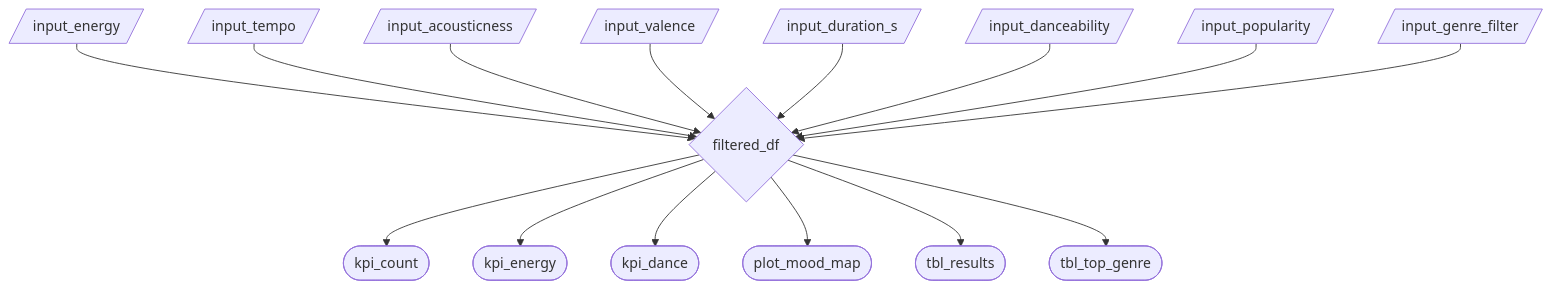
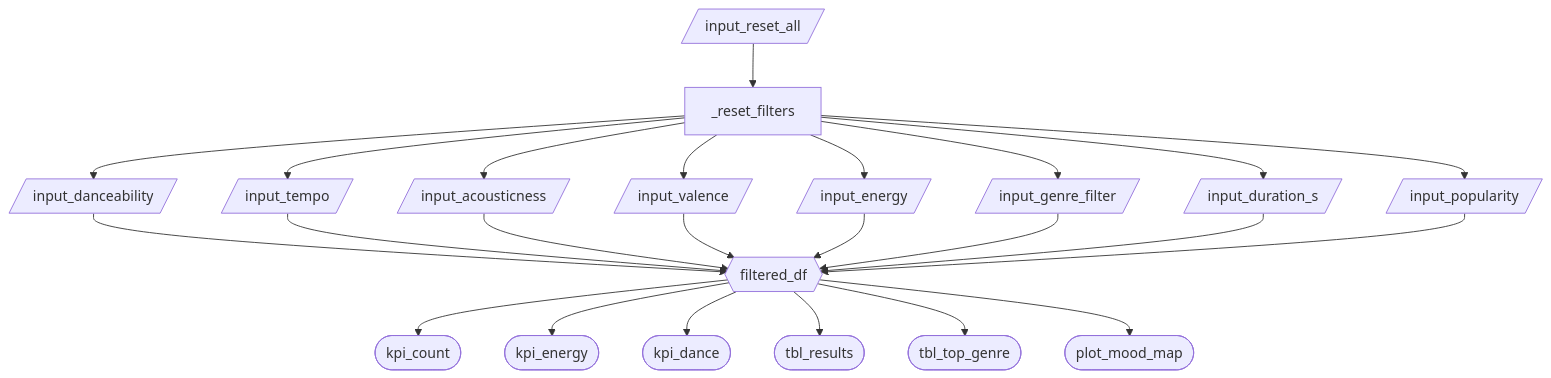
Before and after one commit to UBC-MDS/DSCI-532_2026_37_Spotifind: the diagram in reports/m2_spec.md, drawn with Mermaid. The commit also changed other lines of this file, not shown here.

Commit message:
Fixing diagram notation

````diff
--- a/reports/m2_spec.md
+++ b/reports/m2_spec.md
@@ -37,18 +38,26 @@
 ```mermaid
 flowchart TD
-    A[/input_energy/] --> F{filtered_df}
-    B[/input_tempo/] --> F
-    C[/input_acousticness/] --> F
-    D[/input_valence/] --> F
-    E[/input_duration_s/] --> F
-    G[/input_danceability/] --> F
-    H[/input_popularity/] --> F
-    I[/input_genre_filter/] --> F
-
-    F --> O1([kpi_count])
-    F --> O2([kpi_energy])
-    F --> O3([kpi_dance])
-    F --> O4([plot_mood_map])
-    F --> O5([tbl_results])
-    F --> O6([tbl_top_genre])
+  A[/input_danceability/] --> F{{filtered_df}}
+  B[/input_tempo/] --> F
+  C[/input_acousticness/] --> F
+  D[/input_valence/] --> F
+  E[/input_energy/] --> F
+  G[/input_genre_filter/] --> F
+  H[/input_duration_s/] --> F
+  I[/input_popularity/] --> F
+  J[/input_reset_all/] --> R[_reset_filters]
+  R --> A
+  R --> B
+  R --> C
+  R --> D
+  R --> E
+  R --> G
+  R --> H
+  R --> I
+  F --> K1([kpi_count])
+  F --> K2([kpi_energy])
+  F --> K3([kpi_dance])
+  F --> P1([tbl_results])
+  F --> P2([tbl_top_genre])
+  F --> P3([plot_mood_map])
 ```
````
